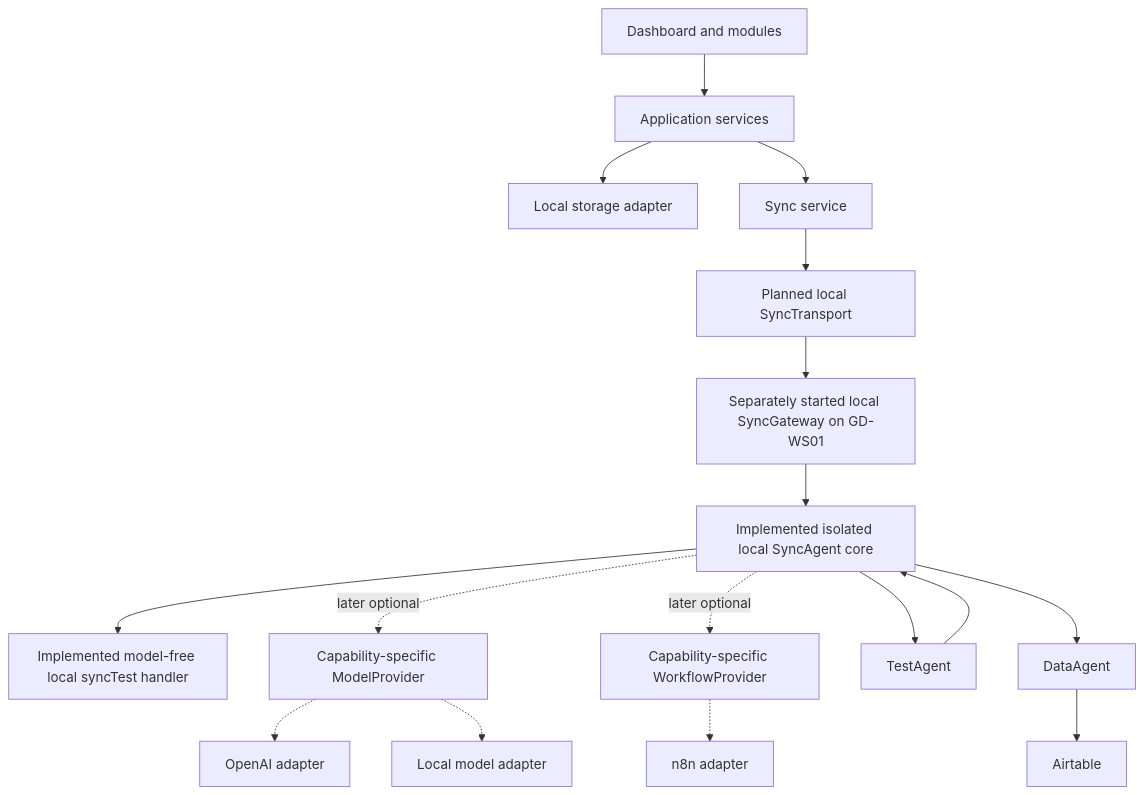
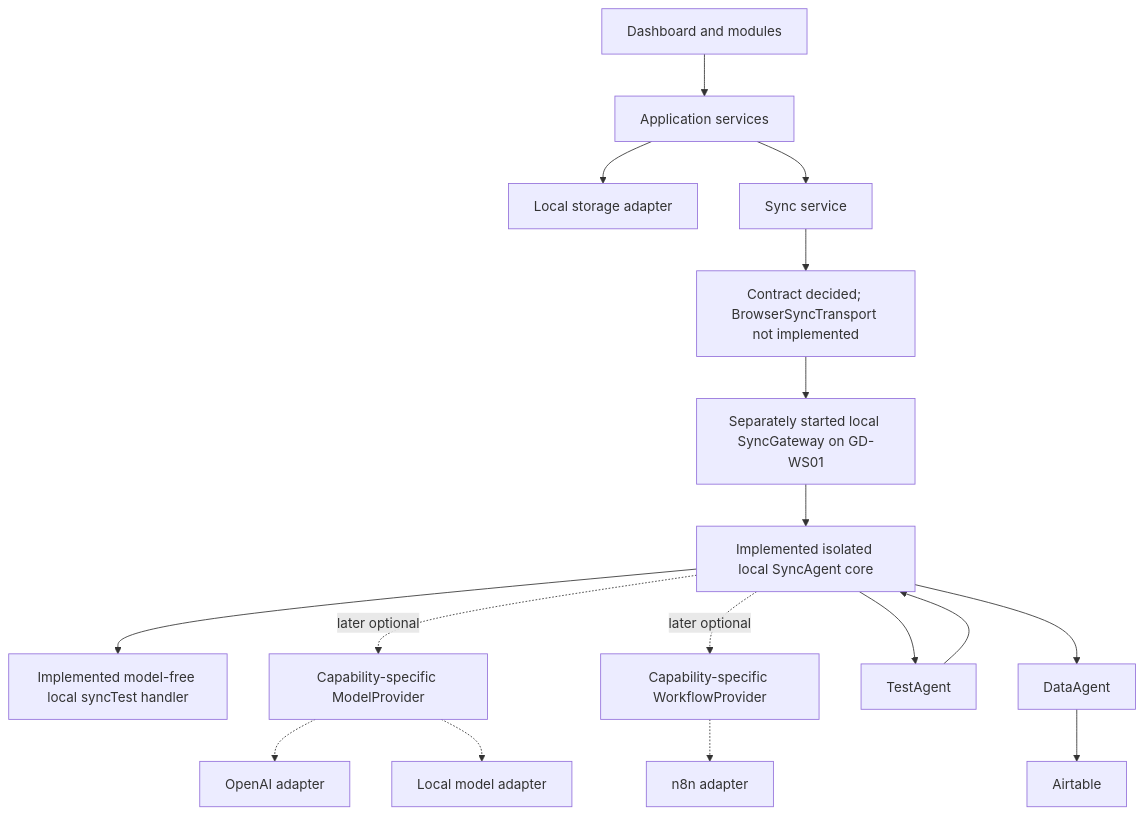
Before and after one commit to Varudan/goldendawn-os: the diagram in README.md, drawn with Mermaid. The commit also changed other lines of this file and 8 other files, not shown here.

Commit message:
docs: adr-0026-browser-sync-transport-contract (#57)

````diff
--- a/README.md
+++ b/README.md
@@ -404,19 +473,19 @@
 ```mermaid
 flowchart TD
     UI["Dashboard and modules"] --> Services["Application services"]
     Services --> Local["Local storage adapter"]
     Services --> Sync["Sync service"]
-    Sync --> Transport["Planned local SyncTransport"]
+    Sync --> Transport["Contract decided; BrowserSyncTransport not implemented"]
     Transport --> Gateway["Separately started local SyncGateway on GD-WS01"]
     Gateway --> Agent["Implemented isolated local SyncAgent core"]
     Agent --> Handler["Implemented model-free local syncTest handler"]
     Agent -.->|later optional| Model["Capability-specific ModelProvider"]
     Model -.-> OpenAI["OpenAI adapter"]
     Model -.-> LocalModel["Local model adapter"]
     Agent -.->|later optional| Workflow["Capability-specific WorkflowProvider"]
     Workflow -.-> N8n["n8n adapter"]
     Agent --> Test["TestAgent"]
     Agent --> Data["DataAgent"]
     Test --> Agent
     Data --> Airtable["Airtable"]
 ```
````
